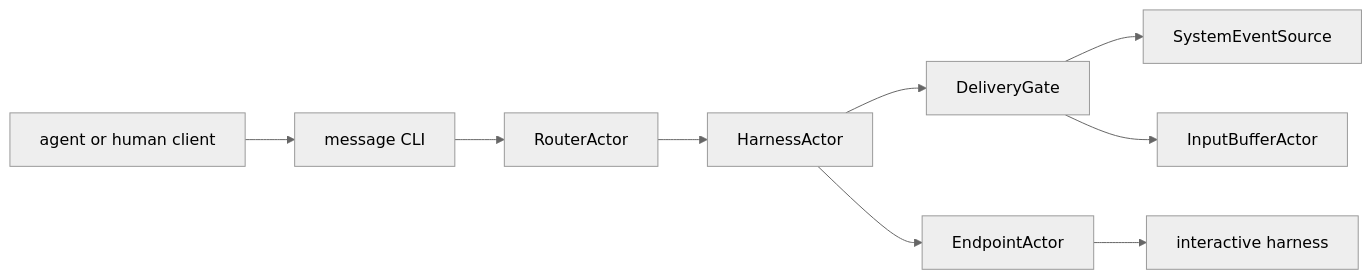
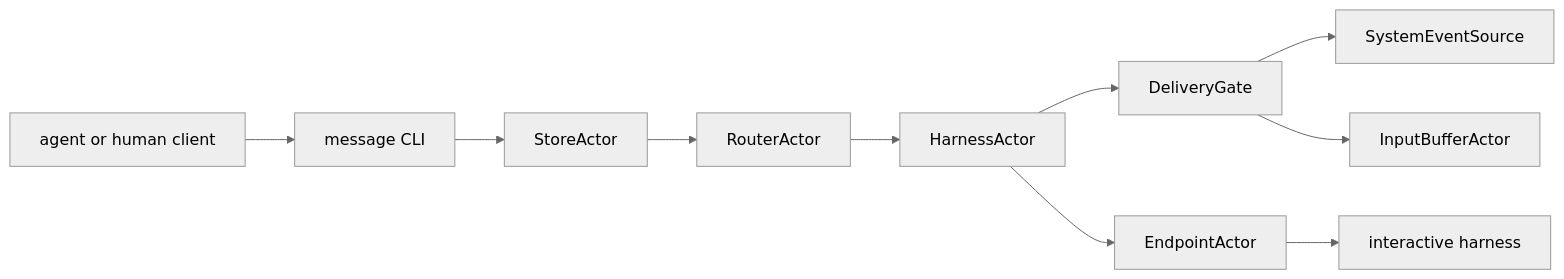
One commit to LiGoldragon/primary changed the second of 16 diagrams in reports/operator/9-persona-message-router-architecture.md. Above: the diagram before and after it, drawn with Mermaid (neutral theme). The commit also changed other lines of this file and 1 other file, not shown here.

Commit message:
address Persona router architecture audit

````diff
--- a/reports/operator/9-persona-message-router-architecture.md
+++ b/reports/operator/9-persona-message-router-architecture.md
@@ -89,21 +93,23 @@
 ```mermaid
 flowchart LR
     sender["agent or human client"]
     cli["message CLI"]
+    pstore["StoreActor"]
     router["RouterActor"]
     target["HarnessActor"]
     gate["DeliveryGate"]
     system["SystemEventSource"]
     input["InputBufferActor"]
     endpoint["EndpointActor"]
     harness["interactive harness"]
 
     sender --> cli
-    cli --> router
+    cli --> pstore
+    pstore --> router
     router --> target
     target --> gate
     gate --> system
     gate --> input
     target --> endpoint
     endpoint --> harness
 ```
````
